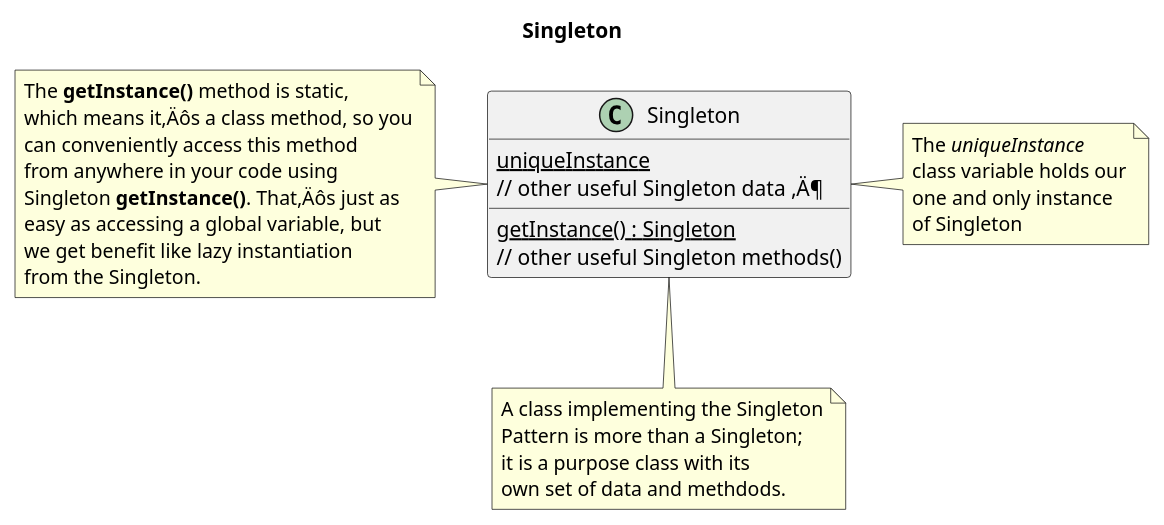
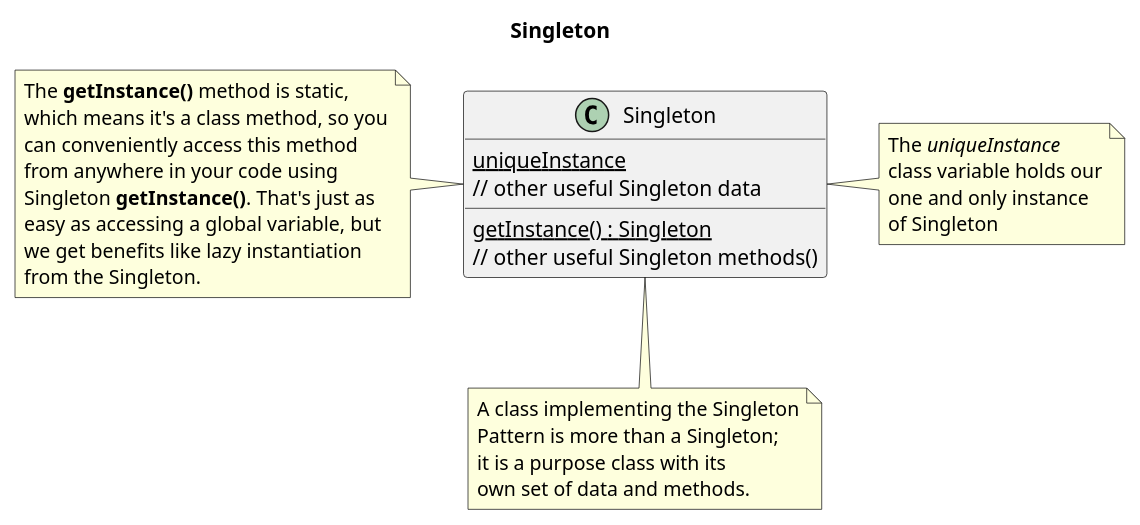
The diagram in src/pages/demo/markdown-plugins.md (geksiong/geksiong.github.io), drawn with PlantUML before and after one commit. The commit also changed other lines of this file and 4 other files, not shown here.

````diff
--- a/src/pages/demo/markdown-plugins.md
+++ b/src/pages/demo/markdown-plugins.md
@@ -33,37 +37,37 @@
 ```plantuml Singleton
 @startuml
 title Singleton
 
 class Singleton
 
 Singleton : {static} uniqueInstance
-Singleton : // other useful Singleton data ‚Ä¶
+Singleton : // other useful Singleton data
 Singleton : {static} getInstance() : Singleton
 Singleton : // other useful Singleton methods()
 
 note right of Singleton
 The <i>uniqueInstance</i>
 class variable holds our
 one and only instance
 of Singleton
 end note
 
 note left of Singleton
 The <b>getInstance()</b> method is static,
-which means it‚Äôs a class method, so you
+which means it's a class method, so you
 can conveniently access this method
 from anywhere in your code using
-Singleton <b>getInstance()</b>. That‚Äôs just as
+Singleton <b>getInstance()</b>. That's just as
 easy as accessing a global variable, but
-we get benefit like lazy instantiation
+we get benefits like lazy instantiation
 from the Singleton.
 end note
 
 note bottom of Singleton
 A class implementing the Singleton
 Pattern is more than a Singleton;
 it is a purpose class with its
-own set of data and methdods.
+own set of data and methods.
 end note
 @enduml
 ```
````
